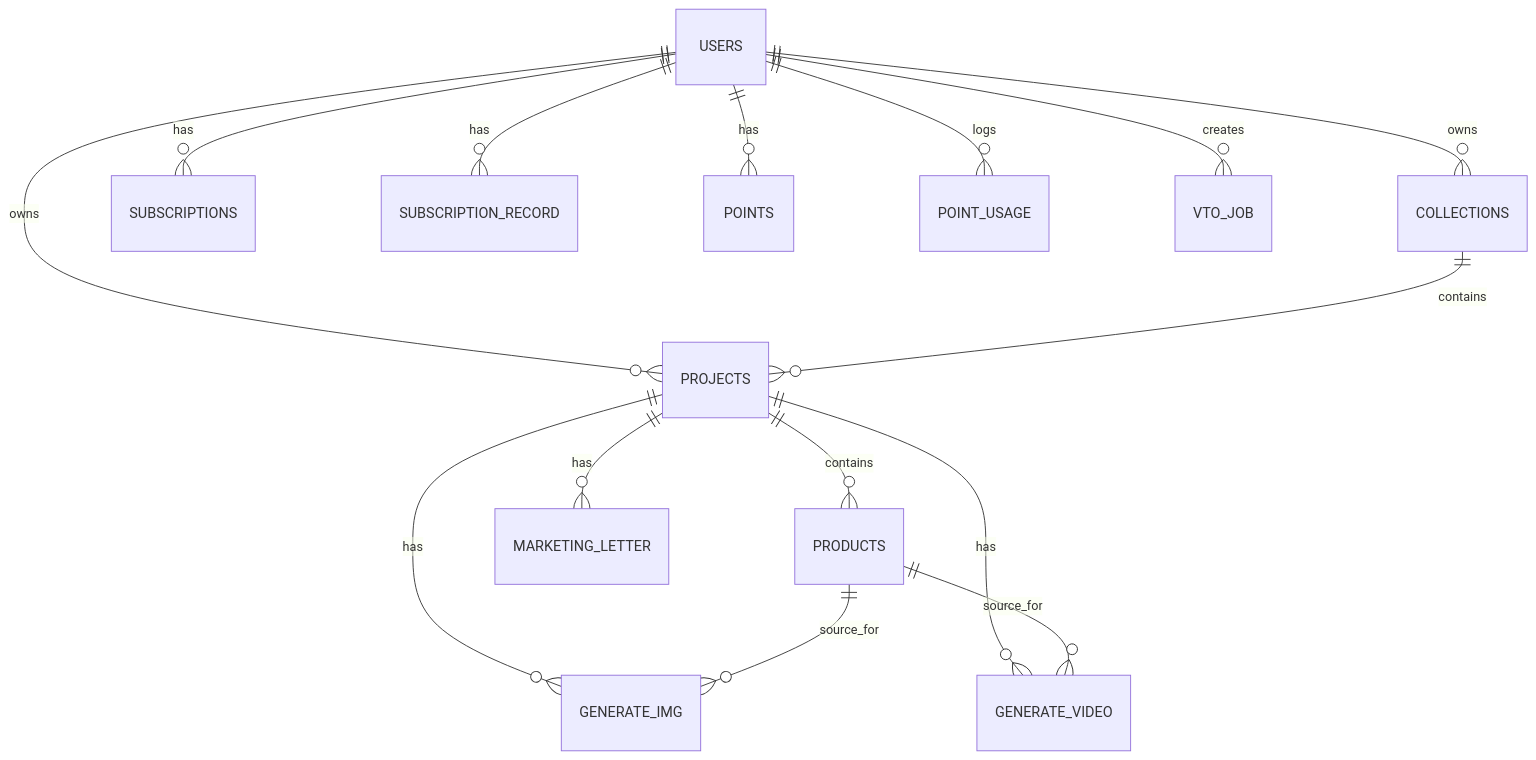
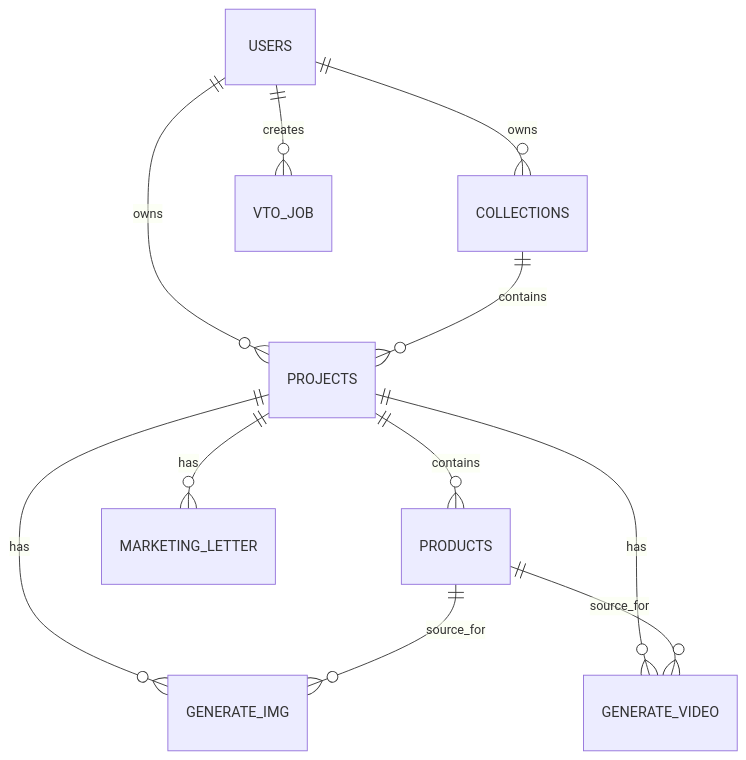
The diagram in backend/alembic/db_Agents.md (buzzni/virtual-try-on), drawn with Mermaid before and after one commit. The commit also changed other lines of this file and 42 other files, not shown here.

````diff
--- a/backend/alembic/db_Agents.md
+++ b/backend/alembic/db_Agents.md
@@ -4,18 +4,14 @@
 ```mermaid
 erDiagram
   USERS ||--o{ COLLECTIONS : owns
   USERS ||--o{ PROJECTS : owns
-  USERS ||--o{ SUBSCRIPTIONS : has
-  USERS ||--o{ SUBSCRIPTION_RECORD : has
-  USERS ||--o{ POINTS : has
-  USERS ||--o{ POINT_USAGE : logs
   USERS ||--o{ VTO_JOB : creates
 
   COLLECTIONS ||--o{ PROJECTS : contains
   PROJECTS ||--o{ PRODUCTS : contains
   PROJECTS ||--o{ GENERATE_IMG : has
   PROJECTS ||--o{ GENERATE_VIDEO : has
   PROJECTS ||--o{ MARKETING_LETTER : has
   PRODUCTS ||--o{ GENERATE_IMG : source_for
   PRODUCTS ||--o{ GENERATE_VIDEO : source_for
 ```
````
